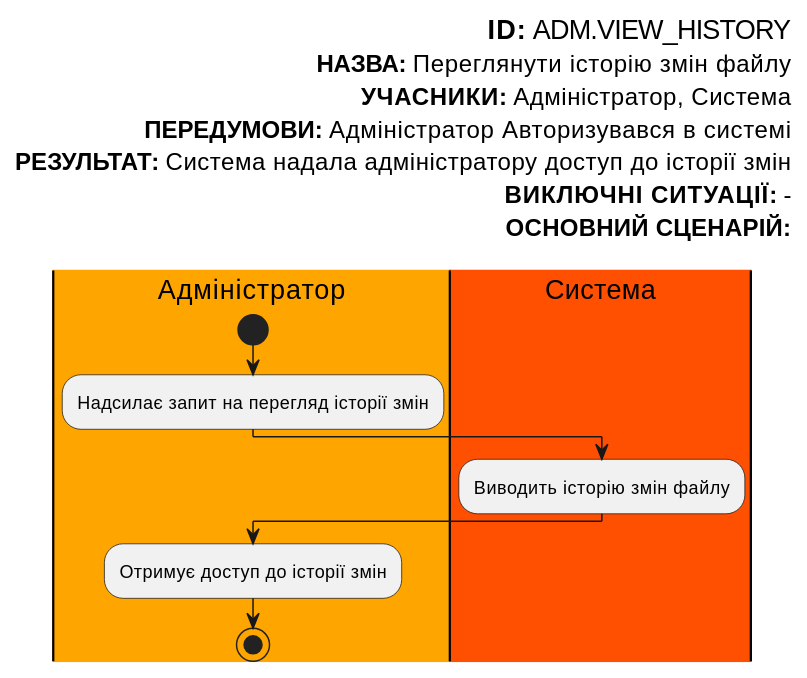
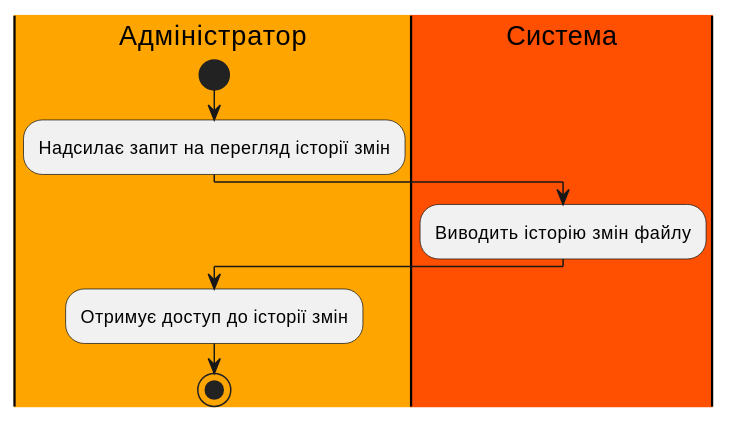
Before and after one commit to boldak/edu-db-cw: diagram 14 of 16 in docs/use cases/README.md, drawn with PlantUML. The commit also changed other lines of this file, not shown here.

```diff
--- a/docs/use cases/README.md
+++ b/docs/use cases/README.md
@@ -458,24 +426,13 @@
 @startuml
-
-left header
-<font color=000 size=18><b>ID:</b> ADM.VIEW_HISTORY
-<font color=000 size=16><b>НАЗВА:</b> Переглянути історію змін файлу
-<font color=000 size=16><b>УЧАСНИКИ:</b> Адміністратор, Система
-<font color=000 size=16><b>ПЕРЕДУМОВИ:</b> Адміністратор Авторизувався в системі
-<font color=000 size=16><b>РЕЗУЛЬТАТ:</b> Система надала адміністратору доступ до історії змін
-<font color=000 size=16><b>ВИКЛЮЧНІ СИТУАЦІЇ:</b> -
-<font color=000 size=16><b>ОСНОВНИЙ СЦЕНАРІЙ:</b>
-
-end header
 
 
 |#FFA500|Адміністратор|
   start
   :Надсилає запит на перегляд історії змін;
 |#FF4F00|Система|
   :Виводить історію змін файлу;
 |Адміністратор|
   :Отримує доступ до історії змін;
   stop;
   
 @enduml
```
